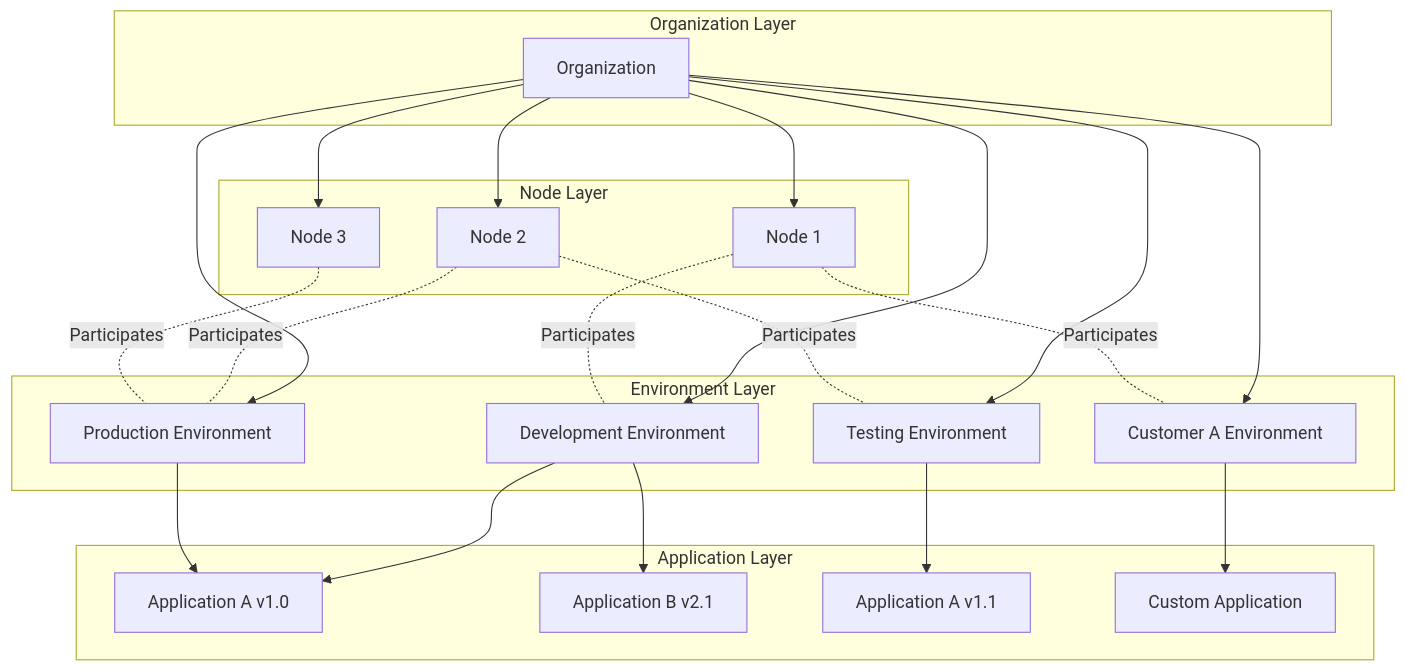
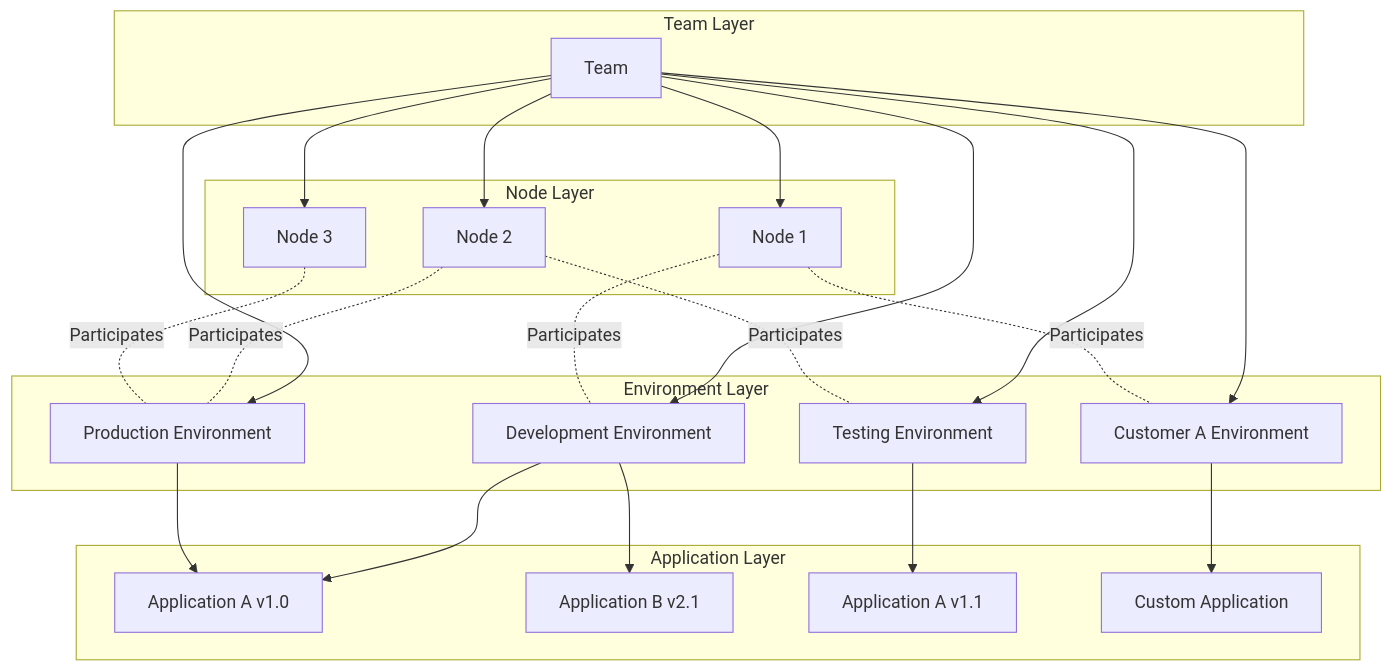
One commit to jitai-team/jitai-docs changed the first of 2 diagrams in docs/devguide/creating-and-publishing-applications/distributed-cluster-architecture.md. Above: the diagram before and after it, drawn with Mermaid. The commit also changed other lines of this file and 11 other files, not shown here.

````diff
--- a/docs/devguide/creating-and-publishing-applications/distributed-cluster-architecture.md
+++ b/docs/devguide/creating-and-publishing-applications/distributed-cluster-architecture.md
@@ -14,49 +13,49 @@
 ```mermaid
 graph TB
-    subgraph "Organization Layer"
-        Org[Organization]
+    subgraph "Team Layer"
+        Team[Team]
     end
     
     subgraph "Node Layer"
         Node1[Node 1]
         Node2[Node 2]
         Node3[Node 3]
     end
     
     subgraph "Environment Layer"
         Env1[Development Environment]
         Env2[Testing Environment]
         Env3[Production Environment]
         Env4[Customer A Environment]
     end
     
     subgraph "Application Layer"
         App1[Application A v1.0]
         App2[Application B v2.1]
         App3[Application A v1.1]
         App4[Custom Application]
     end
     
-    %% Organization manages nodes and environments
-    Org --> Node1
-    Org --> Node2
-    Org --> Node3
-    Org --> Env1
-    Org --> Env2
-    Org --> Env3
-    Org --> Env4
+    %% Team manages nodes and environments
+    Team --> Node1
+    Team --> Node2
+    Team --> Node3
+    Team --> Env1
+    Team --> Env2
+    Team --> Env3
+    Team --> Env4
     
     %% Environments deploy applications
     Env1 --> App1
     Env1 --> App2
     Env2 --> App3
     Env3 --> App1
     Env4 --> App4
     
     %% Many-to-many relationship between nodes and environments
     Node1 -.Participates.- Env1
     Node1 -.Participates.- Env4
     Node2 -.Participates.- Env2
     Node2 -.Participates.- Env3
     Node3 -.Participates.- Env3
 ```
````
